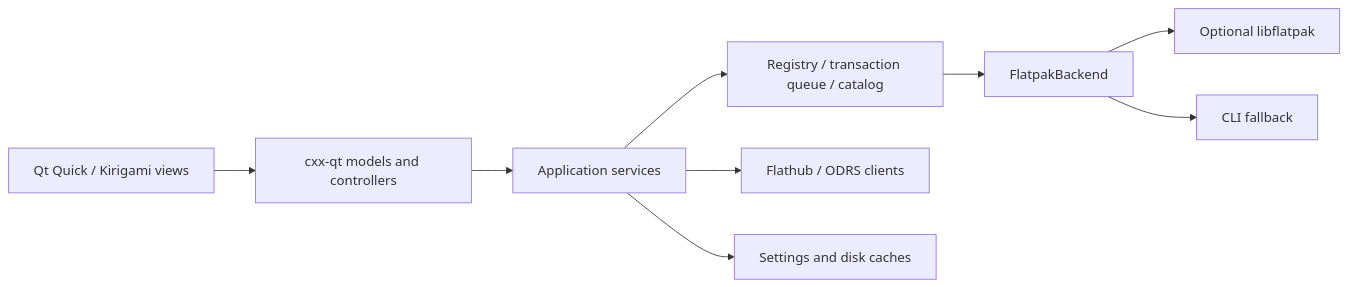
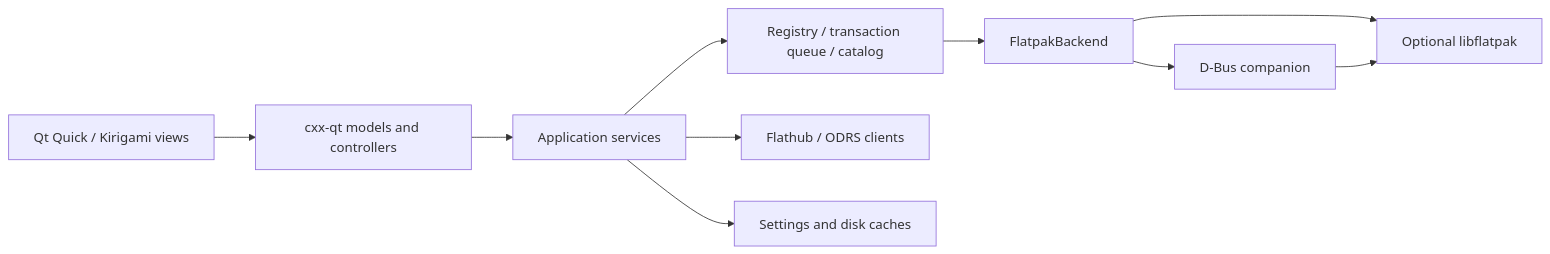
Before and after one commit to niltonperimneto/kiosque: the diagram in docs/architecture.md, drawn with Mermaid. The commit also changed other lines of this file and 38 other files, not shown here.

Commit message:
Remove the Flatpak CLI backend and qualify native and broker builds

````diff
--- a/docs/architecture.md
+++ b/docs/architecture.md
@@ -5,11 +5,11 @@
 ```mermaid
 flowchart LR
     QML[Qt Quick / Kirigami views] --> Qt[cxx-qt models and controllers]
     Qt --> Services[Application services]
     Services --> Core[Registry / transaction queue / catalog]
     Services --> HTTP[Flathub / ODRS clients]
     Services --> Storage[Settings and disk caches]
     Core --> Backend[FlatpakBackend]
     Backend --> Native[Optional libflatpak]
-    Backend --> CLI[CLI fallback]
+    Backend --> Broker[D-Bus companion] --> Native
 ```
````
